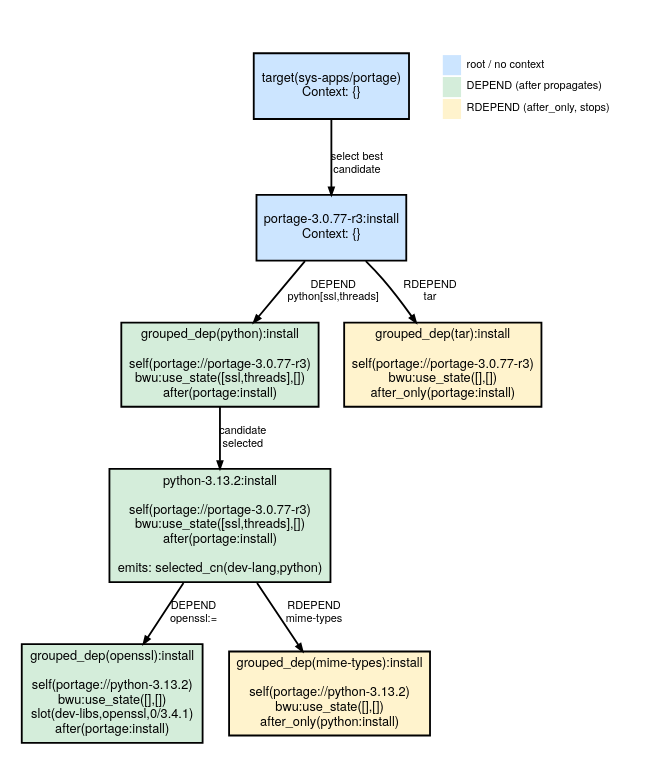
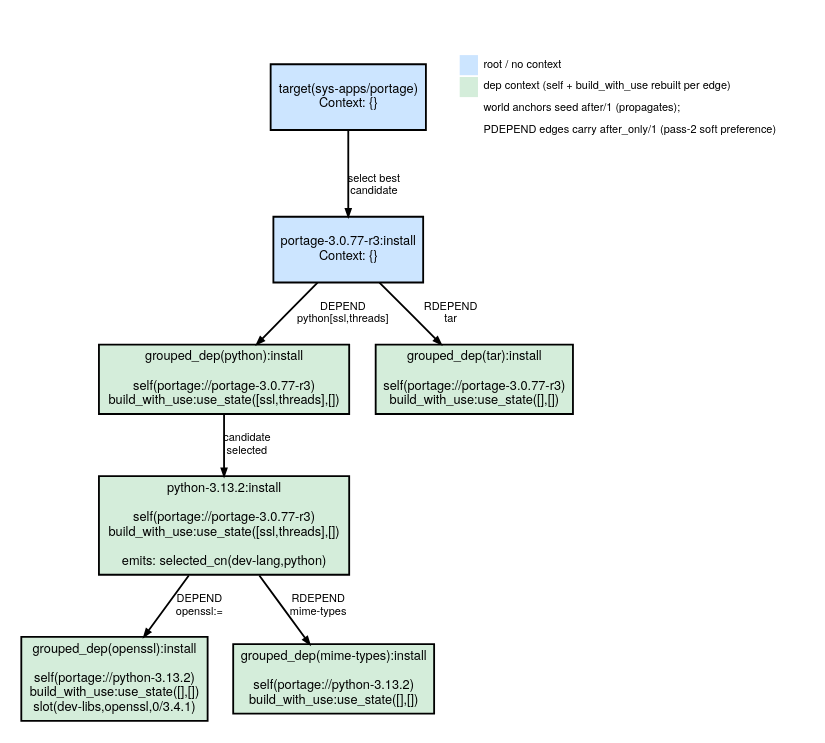
One commit to pvdabeel/prolog changed the diagram in Documentation/Handbook/Diagrams/20-context-evolution.dot. Above: the diagram before and after it, drawn with Graphviz. The commit also changed 83 other files, not shown here.

```diff
--- a/Documentation/Handbook/Diagrams/20-context-evolution.dot
+++ b/Documentation/Handbook/Diagrams/20-context-evolution.dot
@@ -1,46 +1,47 @@
 // Chapter 20 — Context evolution through a dependency chain
 // Render: dot -Tsvg 20-context-evolution.dot -o 20-context-evolution.svg
 
 digraph ctx_evolution {
     rankdir=TB;
     fontname="Helvetica Neue"; fontsize=9;
     node [fontname="Helvetica Neue", fontsize=7, style=filled, shape=box, margin="0.06,0.04"];
     edge [fontname="Helvetica Neue", fontsize=6, arrowsize=0.4];
     nodesep=0.20; ranksep=0.28;
 
     // Level 1: target
     target [label="target(sys-apps/portage)\nContext: {}", fillcolor="#cce5ff"];
 
     // Level 2: portage install
     portage [label="portage-3.0.77-r3:install\nContext: {}", fillcolor="#cce5ff"];
 
     // Level 3: deps of portage
-    python_dep [label="grouped_dep(python):install\n\nself(portage://portage-3.0.77-r3)\nbwu:use_state([ssl,threads],[])\nafter(portage:install)", fillcolor="#d4edda"];
-    tar_dep [label="grouped_dep(tar):install\n\nself(portage://portage-3.0.77-r3)\nbwu:use_state([],[])\nafter_only(portage:install)", fillcolor="#fff3cd"];
+    python_dep [label="grouped_dep(python):install\n\nself(portage://portage-3.0.77-r3)\nbuild_with_use:use_state([ssl,threads],[])", fillcolor="#d4edda"];
+    tar_dep [label="grouped_dep(tar):install\n\nself(portage://portage-3.0.77-r3)\nbuild_with_use:use_state([],[])", fillcolor="#d4edda"];
 
     // Level 4: python resolved
-    python [label="python-3.13.2:install\n\nself(portage://portage-3.0.77-r3)\nbwu:use_state([ssl,threads],[])\nafter(portage:install)\n\nemits: selected_cn(dev-lang,python)", fillcolor="#d4edda"];
+    python [label="python-3.13.2:install\n\nself(portage://portage-3.0.77-r3)\nbuild_with_use:use_state([ssl,threads],[])\n\nemits: selected_cn(dev-lang,python)", fillcolor="#d4edda"];
 
     // Level 5: deps of python
-    openssl_dep [label="grouped_dep(openssl):install\n\nself(portage://python-3.13.2)\nbwu:use_state([],[])\nslot(dev-libs,openssl,0/3.4.1)\nafter(portage:install)", fillcolor="#d4edda"];
-    mime_dep [label="grouped_dep(mime-types):install\n\nself(portage://python-3.13.2)\nbwu:use_state([],[])\nafter_only(python:install)", fillcolor="#fff3cd"];
+    openssl_dep [label="grouped_dep(openssl):install\n\nself(portage://python-3.13.2)\nbuild_with_use:use_state([],[])\nslot(dev-libs,openssl,0/3.4.1)", fillcolor="#d4edda"];
+    mime_dep [label="grouped_dep(mime-types):install\n\nself(portage://python-3.13.2)\nbuild_with_use:use_state([],[])", fillcolor="#d4edda"];
 
     // Legend
     subgraph cluster_legend {
         label=""; style=invis;
         node [shape=plaintext, fillcolor=white, fontsize=6, margin="0.02,0.01"];
         leg [label=<<TABLE BORDER="0" CELLBORDER="0" CELLSPACING="1">
             <TR><TD BGCOLOR="#cce5ff" WIDTH="10"> </TD><TD ALIGN="LEFT"> root / no context</TD></TR>
-            <TR><TD BGCOLOR="#d4edda" WIDTH="10"> </TD><TD ALIGN="LEFT"> DEPEND (after propagates)</TD></TR>
-            <TR><TD BGCOLOR="#fff3cd" WIDTH="10"> </TD><TD ALIGN="LEFT"> RDEPEND (after_only, stops)</TD></TR>
+            <TR><TD BGCOLOR="#d4edda" WIDTH="10"> </TD><TD ALIGN="LEFT"> dep context (self + build_with_use rebuilt per edge)</TD></TR>
+            <TR><TD></TD><TD ALIGN="LEFT"> world anchors seed after/1 (propagates);</TD></TR>
+            <TR><TD></TD><TD ALIGN="LEFT"> PDEPEND edges carry after_only/1 (pass-2 soft preference)</TD></TR>
         </TABLE>>];
     }
 
     // Edges
     target -> portage [label="select best\ncandidate"];
     portage -> python_dep [label="DEPEND\npython[ssl,threads]"];
     portage -> tar_dep [label="RDEPEND\ntar"];
     python_dep -> python [label="candidate\nselected"];
     python -> openssl_dep [label="DEPEND\nopenssl:="];
     python -> mime_dep [label="RDEPEND\nmime-types"];
 }
```
